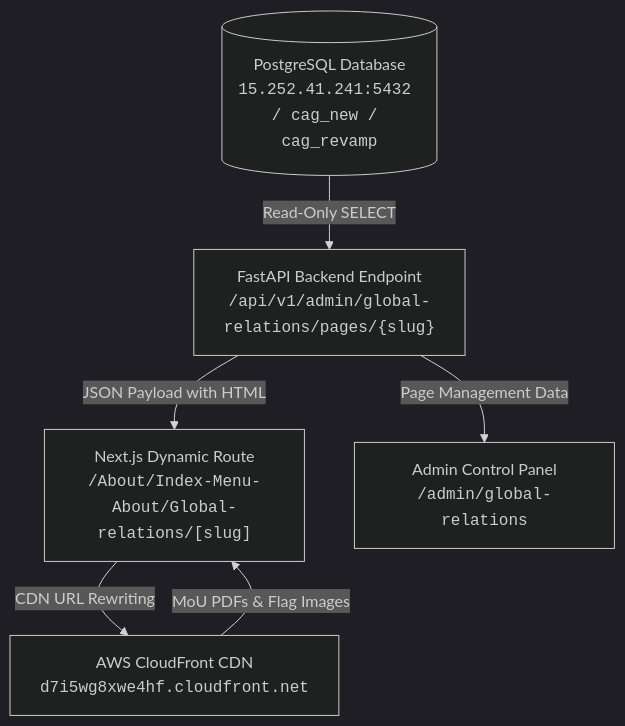
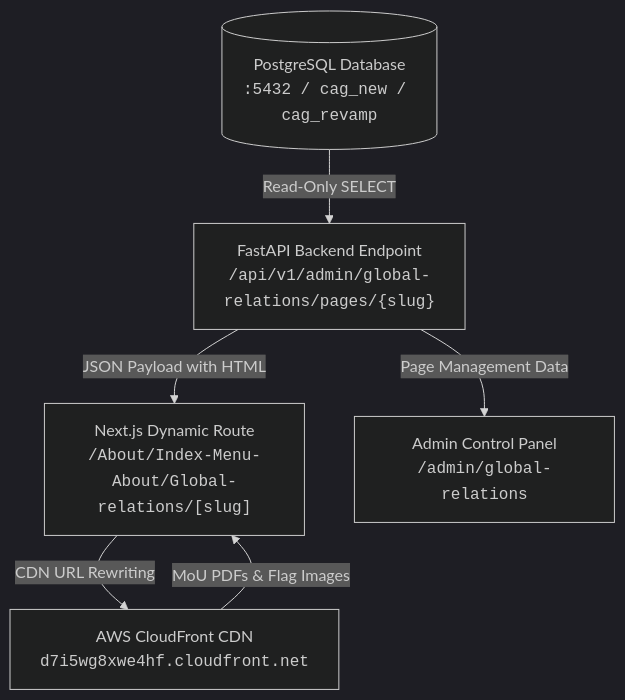
One commit to dharshan-s-tech/dharshan_new_techstack changed the diagram in GLOBAL_RELATIONS_MODULE_DOCUMENTATION.md. Above: the diagram before and after it, drawn with Mermaid (dark theme). The commit also changed other lines of this file and 22 other files, not shown here.

Commit message:
feat(about-us): complete About Us 9 subpages CRUD, remove hardcoded DB credentials, bind PostgreSQL, and add visual live editing

````diff
--- a/GLOBAL_RELATIONS_MODULE_DOCUMENTATION.md
+++ b/GLOBAL_RELATIONS_MODULE_DOCUMENTATION.md
@@ -34,14 +34,14 @@
 ```mermaid
 graph TD
-    DB[("PostgreSQL Database<br/><code>15.252.41.241:5432 / cag_new / cag_revamp</code>")]
+    DB[("PostgreSQL Database<br/><code><DB_HOST>:5432 / cag_new / cag_revamp</code>")]
     API["FastAPI Backend Endpoint<br/><code>/api/v1/admin/global-relations/pages/{slug}</code>"]
     CDN["AWS CloudFront CDN<br/><code>d7i5wg8xwe4hf.cloudfront.net</code>"]
     FE["Next.js Dynamic Route<br/><code>/About/Index-Menu-About/Global-relations/[slug]</code>"]
     ADMIN["Admin Control Panel<br/><code>/admin/global-relations</code>"]
 
     DB -->|Read-Only SELECT| API
     API -->|JSON Payload with HTML| FE
     API -->|Page Management Data| ADMIN
     FE -->|CDN URL Rewriting| CDN
     CDN -->|MoU PDFs & Flag Images| FE
 ```
````
